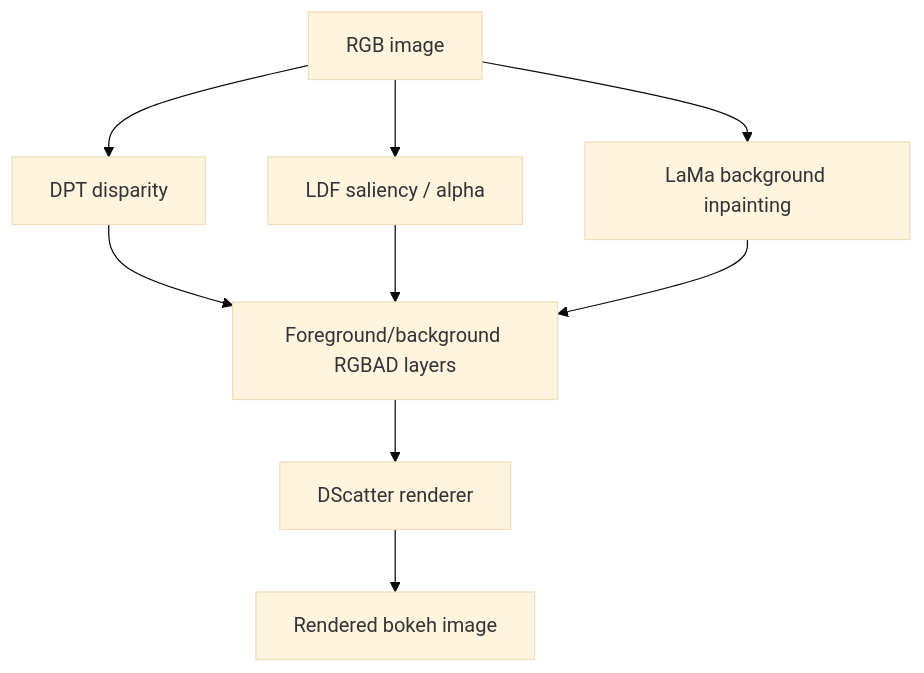
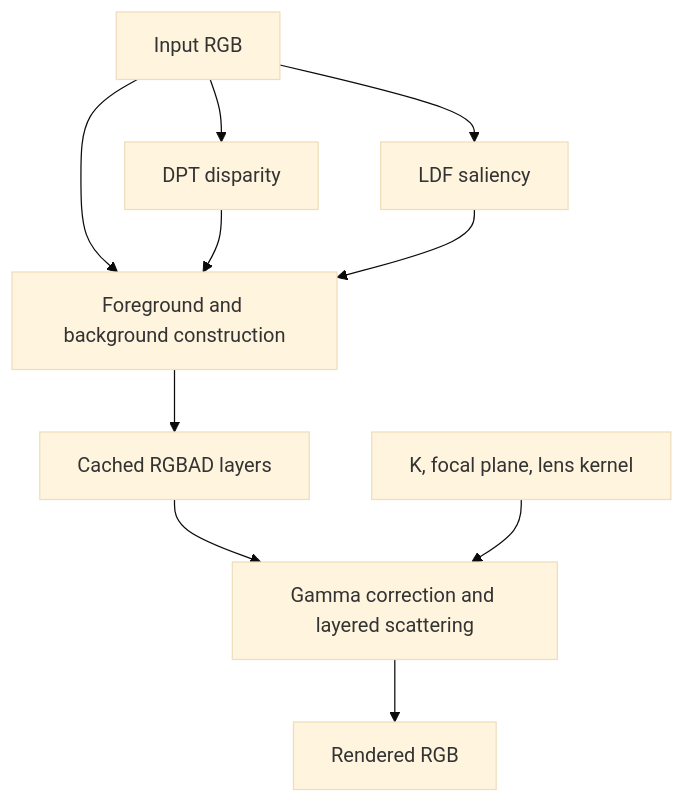
The first of 2 diagrams in docs/architecture.md (ljc-1222/bokeh-rendering-focus-stacking-suite), drawn with Mermaid (base theme) before and after one commit. The commit also changed other lines of this file and 3 other files, not shown here.

````diff
--- a/docs/architecture.md
+++ b/docs/architecture.md
@@ -21,11 +17,12 @@
 ```mermaid
 flowchart TD
-  RGB["RGB image"] --> DPT["DPT disparity"]
-  RGB --> LDF["LDF saliency / alpha"]
-  RGB --> LAMA["LaMa background inpainting"]
-  DPT --> Layers["Foreground/background RGBAD layers"]
+  RGB["Input RGB"] --> DPT["DPT disparity"]
+  RGB --> LDF["LDF saliency"]
+  RGB --> Layers["Foreground and background construction"]
+  DPT --> Layers
   LDF --> Layers
-  LAMA --> Layers
-  Layers --> Scatter["DScatter renderer"]
-  Scatter --> Output["Rendered bokeh image"]
+  Layers --> Cache["Cached RGBAD layers"]
+  Cache --> Render["Gamma correction and layered scattering"]
+  Params["K, focal plane, lens kernel"] --> Render
+  Render --> Output["Rendered RGB"]
 ```
````
